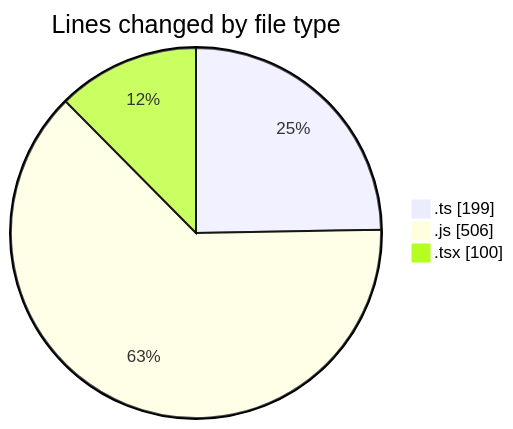
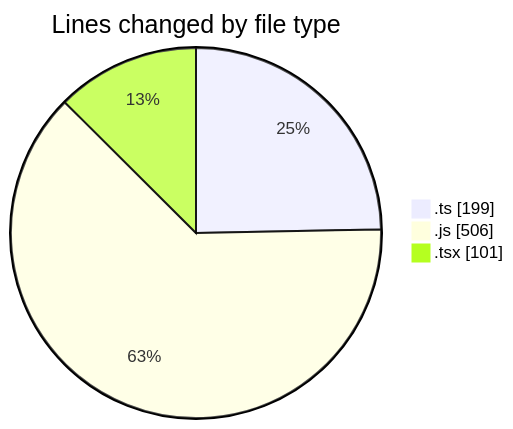
One commit to momahboobian/code-tracking changed the first of 2 diagrams in 2025-03-12/cda/README.md. Above: the diagram before and after it, drawn with Mermaid. The commit also changed other lines of this file and 1 other file, not shown here.

````diff
--- a/2025-03-12/cda/README.md
+++ b/2025-03-12/cda/README.md
@@ -28,7 +28,7 @@
 ```mermaid
 pie showData
 title Lines changed by file type
 ".ts" : 199
 ".js" : 506
-".tsx" : 100
+".tsx" : 101
 ```
````
